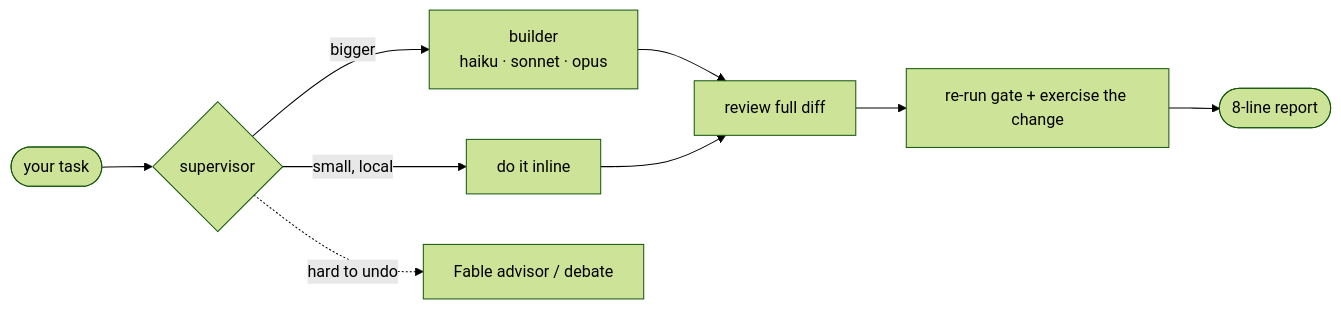
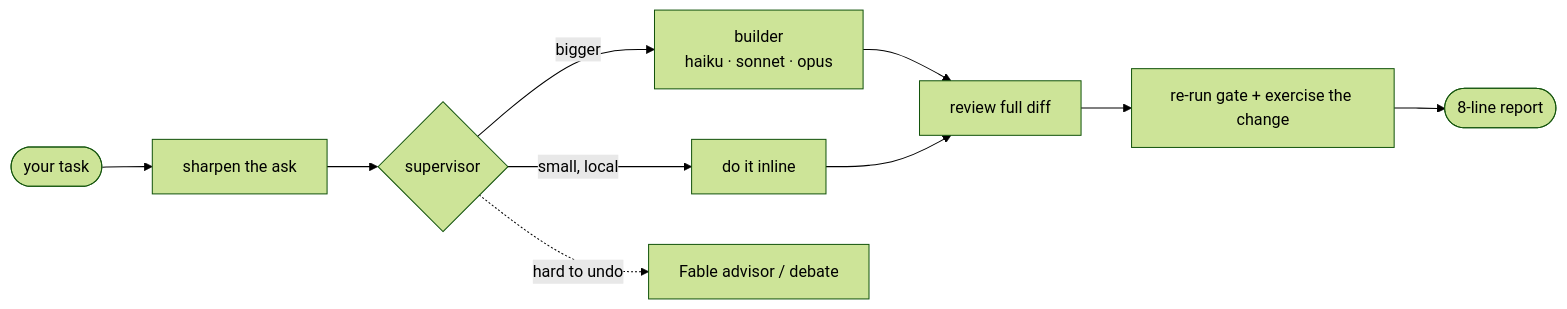
One commit to mefayed/boss-skill changed the diagram in README.md. Above: the diagram before and after it, drawn with Mermaid (forest theme). The commit also changed other lines of this file and 2 other files, not shown here.

Commit message:
feat: sharpen every ask at intake (after prompt-master's checklist), hand prompt-writing to prompt-master (1.18.0)

````diff
--- a/README.md
+++ b/README.md
@@ -138,11 +140,11 @@
 ```mermaid
 flowchart LR
-    T([your task]) --> S{supervisor}
+    T([your task]) --> P[sharpen the ask] --> S{supervisor}
     S -- "small, local" --> I[do it inline]
     S -- "bigger" --> B["builder<br/>haiku · sonnet · opus"]
     S -. "hard to undo" .-> A[Fable advisor / debate]
     B --> R[review full diff]
     I --> R
     R --> V[re-run gate + exercise the change]
     V --> D([8-line report])
 ```
````
